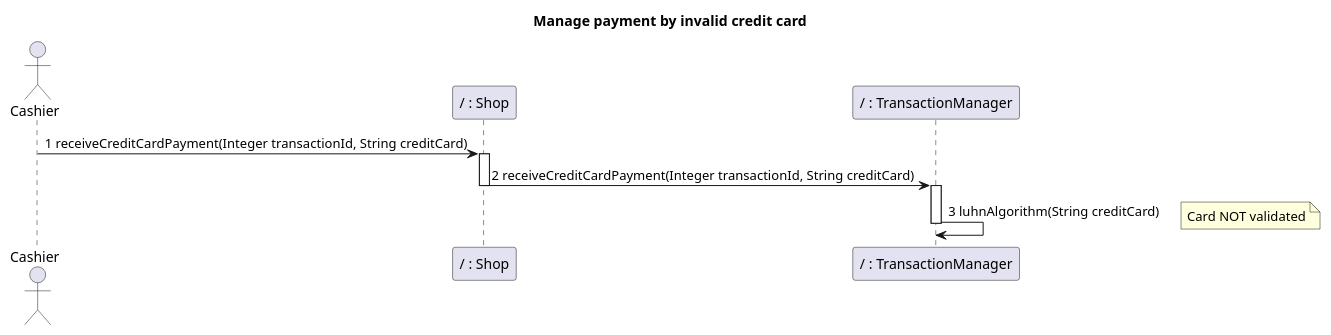
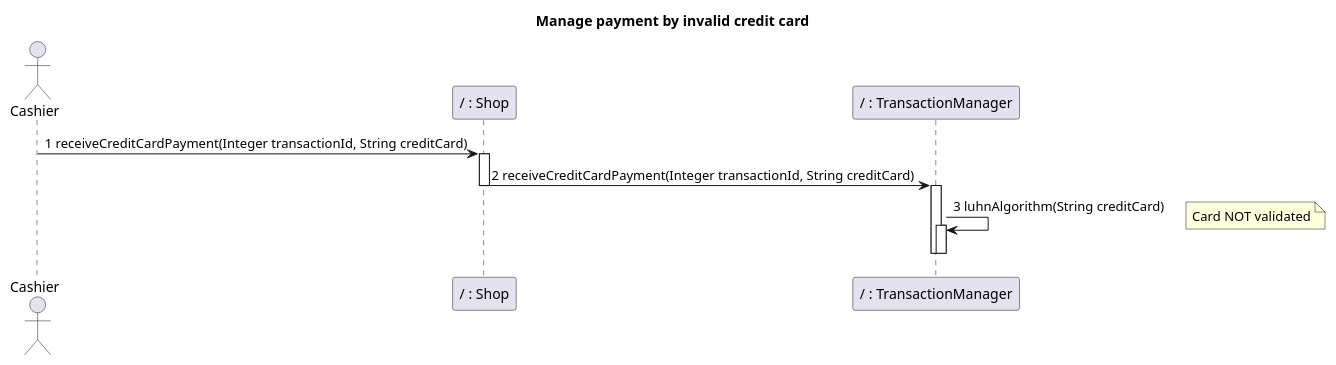
One commit to nicolabattaglino/ezshop changed diagram 25 of 32 in Deliverables/DesignDocument.md. Above: the diagram before and after it, drawn with PlantUML. The commit also changed other lines of this file, not shown here.

````diff
--- a/Deliverables/DesignDocument.md
+++ b/Deliverables/DesignDocument.md
@@ -1279,21 +1279,23 @@
 ```plantuml
 @startuml
 
 title
 Manage payment by invalid credit card
 end title
 
 
 actor Cashier
 participant "/ : Shop" as Shop
 participant "/ : TransactionManager" as TransactionManager
 Cashier -> Shop:1 receiveCreditCardPayment(Integer transactionId, String creditCard)
 activate Shop
 Shop -> TransactionManager:2 receiveCreditCardPayment(Integer transactionId, String creditCard)
 deactivate Shop
 activate TransactionManager
 TransactionManager -> TransactionManager:3 luhnAlgorithm(String creditCard)
 note right: Card NOT validated
+activate TransactionManager
+deactivate TransactionManager
 deactivate TransactionManager
 @enduml
 ```
````
